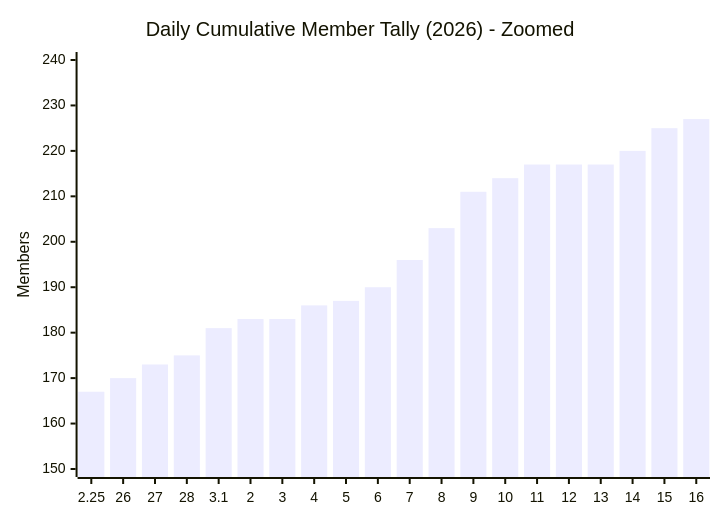
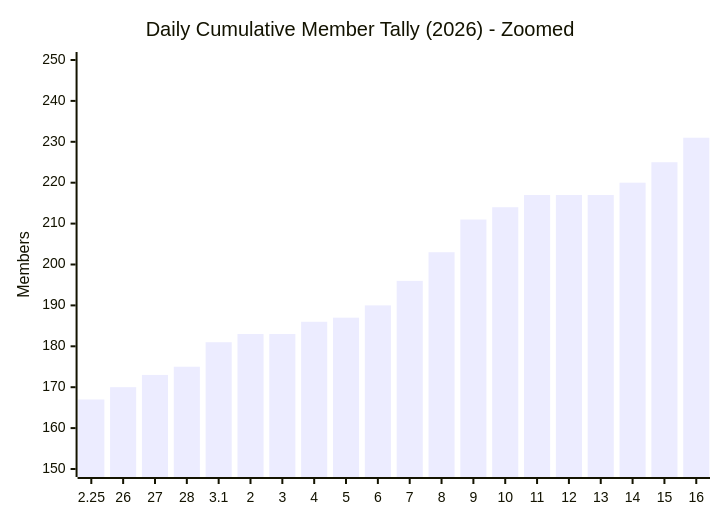
One commit to MattSherwood/March-web changed the second of 3 diagrams in exports/charts/daily-cumulative-member-tally-2026.md. Above: the diagram before and after it, drawn with Mermaid. The commit also changed other lines of this file and 4 other files, not shown here.

````diff
--- a/exports/charts/daily-cumulative-member-tally-2026.md
+++ b/exports/charts/daily-cumulative-member-tally-2026.md
@@ -15,7 +15,7 @@
 ```mermaid
 xychart-beta
     title "Daily Cumulative Member Tally (2026) - Zoomed"
     x-axis ["2.25", "26", "27", "28", "3.1", "2", "3", "4", "5", "6", "7", "8", "9", "10", "11", "12", "13", "14", "15", "16"]
-    y-axis "Members" 150 --> 240
-    bar [167, 170, 173, 175, 181, 183, 183, 186, 187, 190, 196, 203, 211, 214, 217, 217, 217, 220, 225, 227]
+    y-axis "Members" 150 --> 250
+    bar [167, 170, 173, 175, 181, 183, 183, 186, 187, 190, 196, 203, 211, 214, 217, 217, 217, 220, 225, 231]
 ```
````
